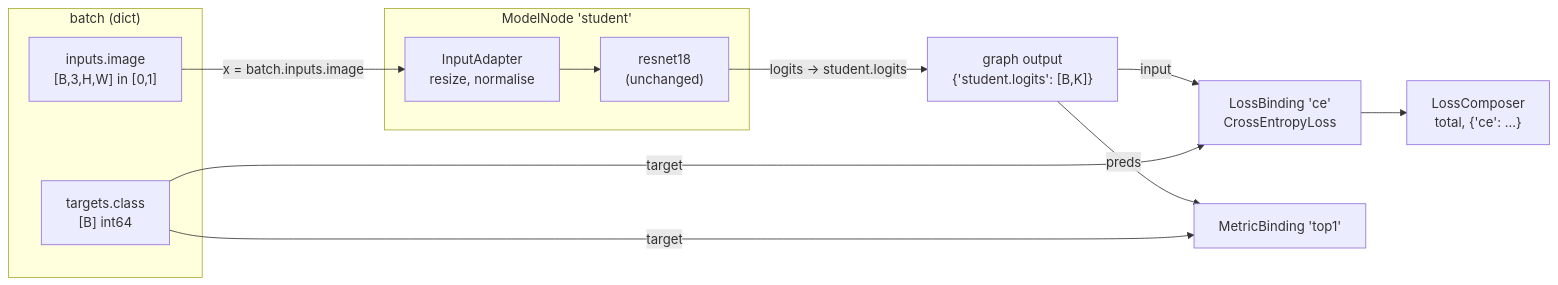
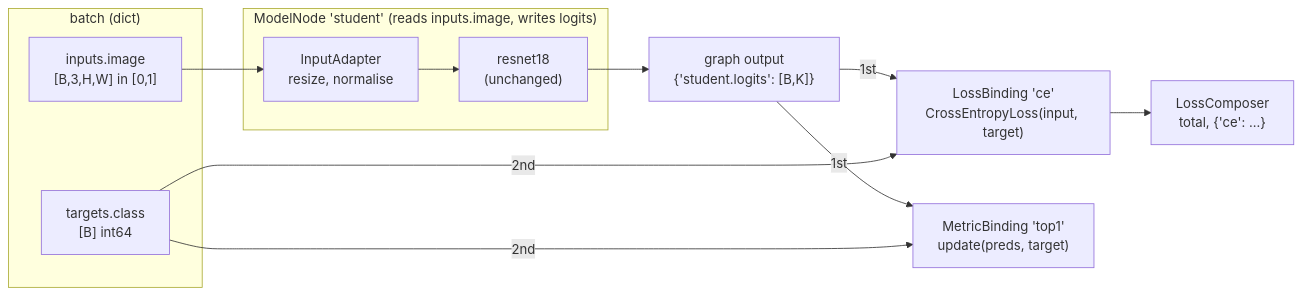
One commit to tile-and-error/imagenet-classification changed the third of 5 diagrams in PLAN.md. Above: the diagram before and after it, drawn with Mermaid. The commit also changed other lines of this file and 2 other files, not shown here.

````diff
--- a/PLAN.md
+++ b/PLAN.md
@@ -270,17 +276,17 @@
 ```mermaid
 flowchart LR
     subgraph B["batch (dict)"]
         IMG["inputs.image<br/>[B,3,H,W] in [0,1]"]
         CLS["targets.class<br/>[B] int64"]
     end
-    subgraph N["ModelNode 'student'"]
+    subgraph N["ModelNode 'student' (reads inputs.image, writes logits)"]
         AD["InputAdapter<br/>resize, normalise"] --> RN["resnet18<br/>(unchanged)"]
     end
-    IMG -- "x = batch.inputs.image" --> AD
-    RN -- "logits → student.logits" --> OUT["graph output<br/>{'student.logits': [B,K]}"]
-    OUT -- "input" --> CE["LossBinding 'ce'<br/>CrossEntropyLoss"]
-    CLS -- "target" --> CE
+    IMG --> AD
+    RN --> OUT["graph output<br/>{'student.logits': [B,K]}"]
+    OUT -- "1st" --> CE["LossBinding 'ce'<br/>CrossEntropyLoss(input, target)"]
+    CLS -- "2nd" --> CE
     CE --> TOT["LossComposer<br/>total, {'ce': ...}"]
-    OUT -- "preds" --> TOP1["MetricBinding 'top1'"]
-    CLS -- "target" --> TOP1
+    OUT -- "1st" --> TOP1["MetricBinding 'top1'<br/>update(preds, target)"]
+    CLS -- "2nd" --> TOP1
 ```
````
